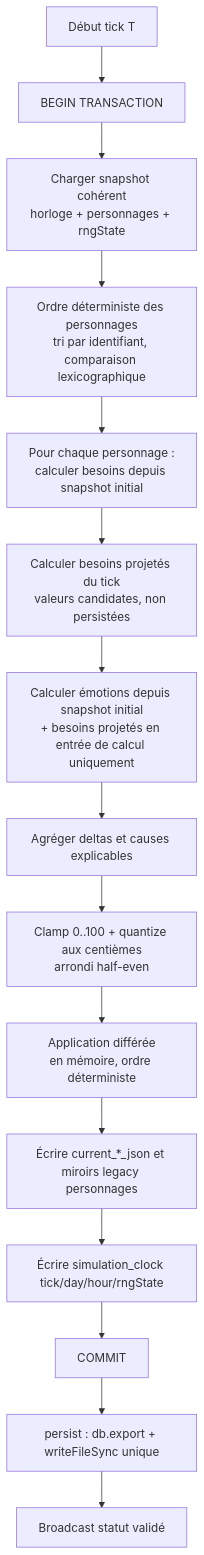
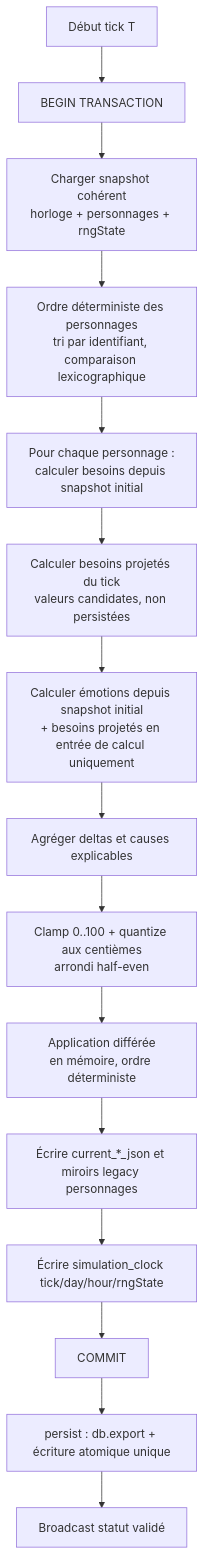
The first of 2 diagrams in docs/CHARACTER_TICK_RULES.md (LanjaFii/digital-life), drawn with Mermaid before and after one commit. The commit also changed other lines of this file and 25 other files, not shown here.

````diff
--- a/docs/CHARACTER_TICK_RULES.md
+++ b/docs/CHARACTER_TICK_RULES.md
@@ -37,17 +37,17 @@
 ```mermaid
 flowchart TD
     A[Début tick T] --> J[BEGIN TRANSACTION]
     J --> B[Charger snapshot cohérent<br/>horloge + personnages + rngState]
     B --> C[Ordre déterministe des personnages<br/>tri par identifiant, comparaison lexicographique]
     C --> D[Pour chaque personnage :<br/>calculer besoins depuis snapshot initial]
     D --> E[Calculer besoins projetés du tick<br/>valeurs candidates, non persistées]
     E --> F[Calculer émotions depuis snapshot initial<br/>+ besoins projetés en entrée de calcul uniquement]
     F --> G[Agréger deltas et causes explicables]
     G --> H[Clamp 0..100 + quantize aux centièmes<br/>arrondi half-even]
     H --> I[Application différée<br/>en mémoire, ordre déterministe]
     I --> K[Écrire current_*_json et miroirs legacy personnages]
     K --> L[Écrire simulation_clock tick/day/hour/rngState]
     L --> M[COMMIT]
-    M --> N[persist : db.export + writeFileSync unique]
+    M --> N[persist : db.export + écriture atomique unique]
     N --> O[Broadcast statut validé]
 ```
````
